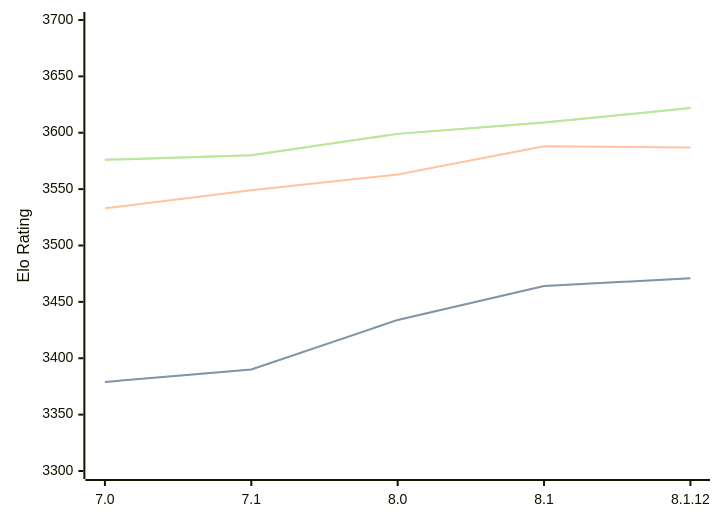
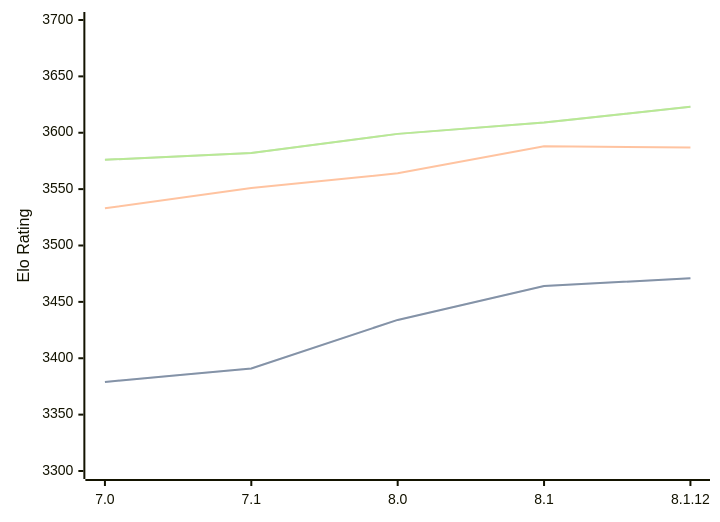
Before and after one commit to computer-chess-index/cci: the diagram in engines/Alexandria.md, drawn with Mermaid. The commit also changed other lines of this file, not shown here.

Commit message:
Update CCI Ratings (ELO VLTC) - 2026-02-26

````diff
--- a/engines/Alexandria.md
+++ b/engines/Alexandria.md
@@ -52,11 +52,11 @@
 ```mermaid
 %%{init: {"theme":"base","themeVariables":{"seriesColors:['#a3a3a3','#222221','#faa371']}}}%%
 xychart-beta
   x-axis ["7.0", "7.1", "8.0", "8.1", "8.1.12"]
   y-axis "Elo Rating" 3300 --> 3700
-  line "STC (8.0+0.08s)" [3379, 3390, 3434, 3464, 3471]
-  line "STC (8.0+0.08s)" [3379, 3390, 3434, 3464, 3471]
-  line "LTC (60.0+0.60s)" [3533, 3549, 3563, 3588, 3587]
-  line "VLTC (2m24s+1.12s)" [3576, 3580, 3599, 3609, 3622]
-  line "VLTC (2m24s+1.12s)" [3576, 3580, 3599, 3609, 3622]
+  line "STC (8.0+0.08s)" [3379, 3391, 3434, 3464, 3471]
+  line "STC (8.0+0.08s)" [3379, 3391, 3434, 3464, 3471]
+  line "LTC (60.0+0.60s)" [3533, 3551, 3564, 3588, 3587]
+  line "VLTC (2m24s+1.12s)" [3576, 3582, 3599, 3609, 3623]
+  line "VLTC (2m24s+1.12s)" [3576, 3582, 3599, 3609, 3623]
 ```
````
